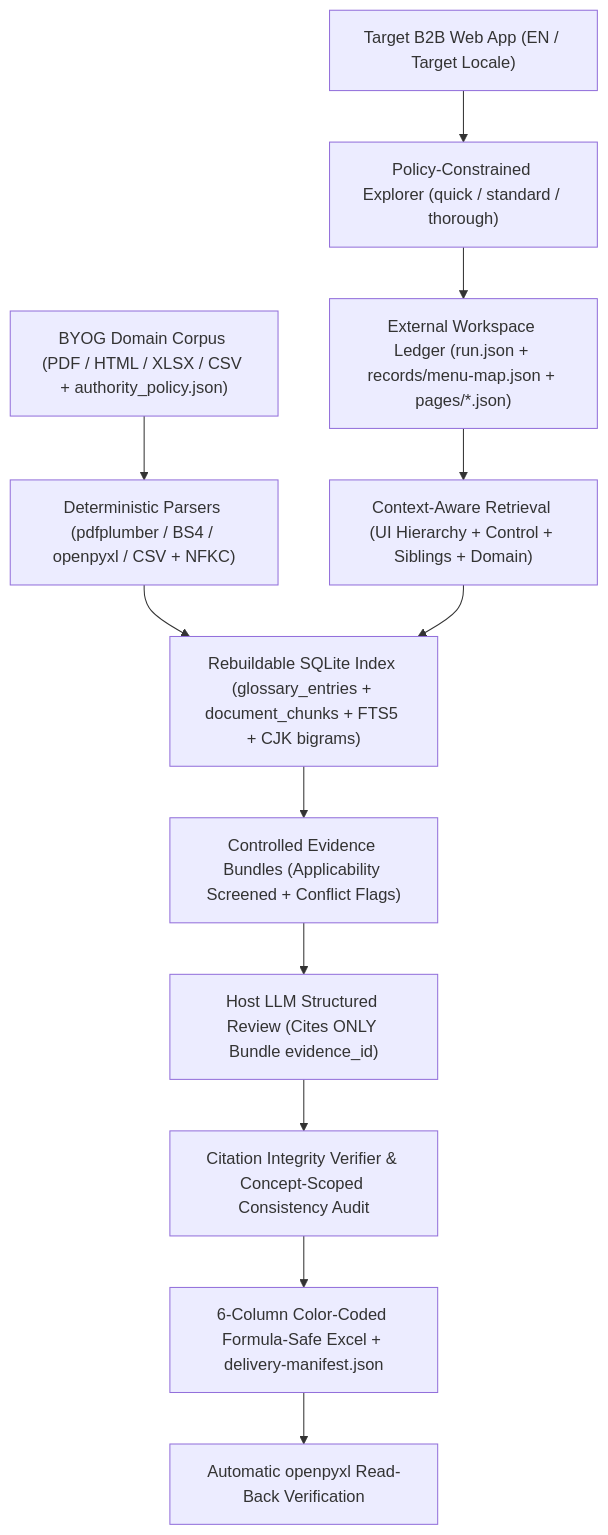
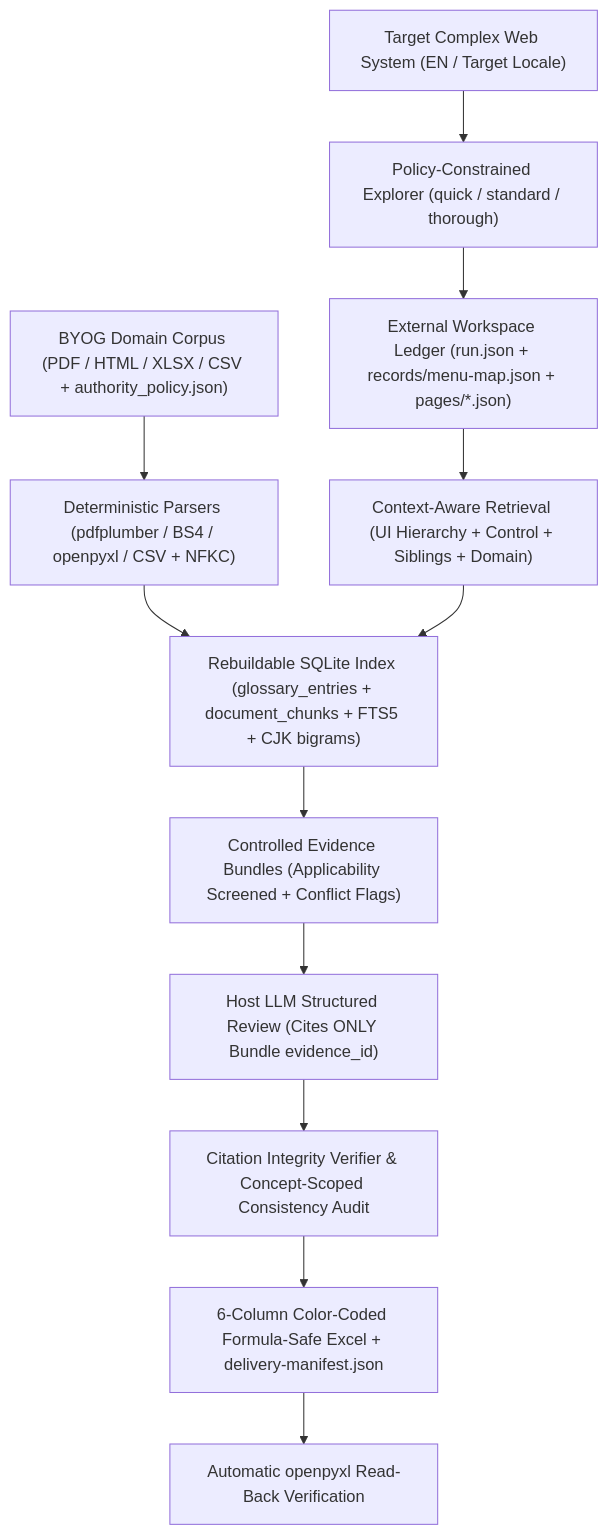
The diagram in README.md (littlericeee/lingual-audit), drawn with Mermaid before and after one commit. The commit also changed other lines of this file and 44 other files, not shown here.

Commit message:
refactor(brand): rename project to lingual-audit and broaden positioning to complex web systems

````diff
--- a/README.md
+++ b/README.md
@@ -23,14 +23,14 @@
 ```mermaid
 flowchart TD
-    A["Target B2B Web App (EN / Target Locale)"] --> B["Policy-Constrained Explorer (quick / standard / thorough)"]
+    A["Target Complex Web System (EN / Target Locale)"] --> B["Policy-Constrained Explorer (quick / standard / thorough)"]
     B --> C["External Workspace Ledger (run.json + records/menu-map.json + pages/*.json)"]
     D["BYOG Domain Corpus (PDF / HTML / XLSX / CSV + authority_policy.json)"] --> E["Deterministic Parsers (pdfplumber / BS4 / openpyxl / CSV + NFKC)"]
     E --> F["Rebuildable SQLite Index (glossary_entries + document_chunks + FTS5 + CJK bigrams)"]
     C --> G["Context-Aware Retrieval (UI Hierarchy + Control + Siblings + Domain)"]
     G --> F
     F --> H["Controlled Evidence Bundles (Applicability Screened + Conflict Flags)"]
     H --> I["Host LLM Structured Review (Cites ONLY Bundle evidence_id)"]
     I --> J["Citation Integrity Verifier & Concept-Scoped Consistency Audit"]
     J --> K["6-Column Color-Coded Formula-Safe Excel + delivery-manifest.json"]
     K --> L["Automatic openpyxl Read-Back Verification"]
 ```
````
